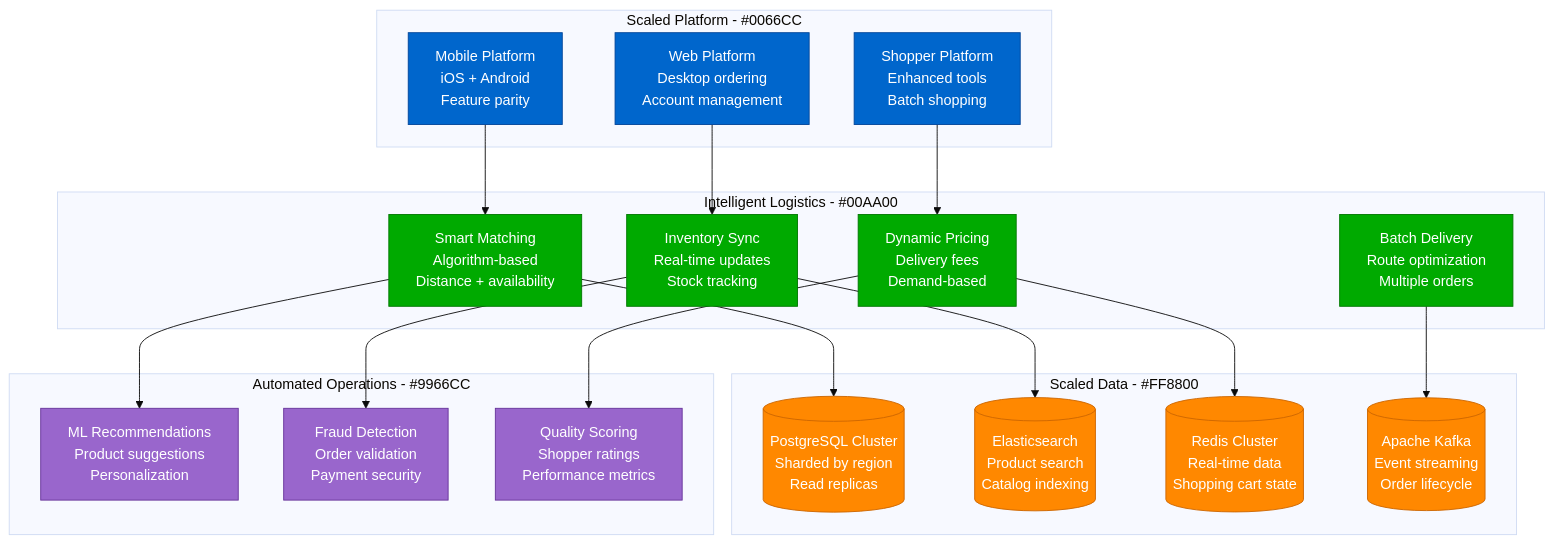
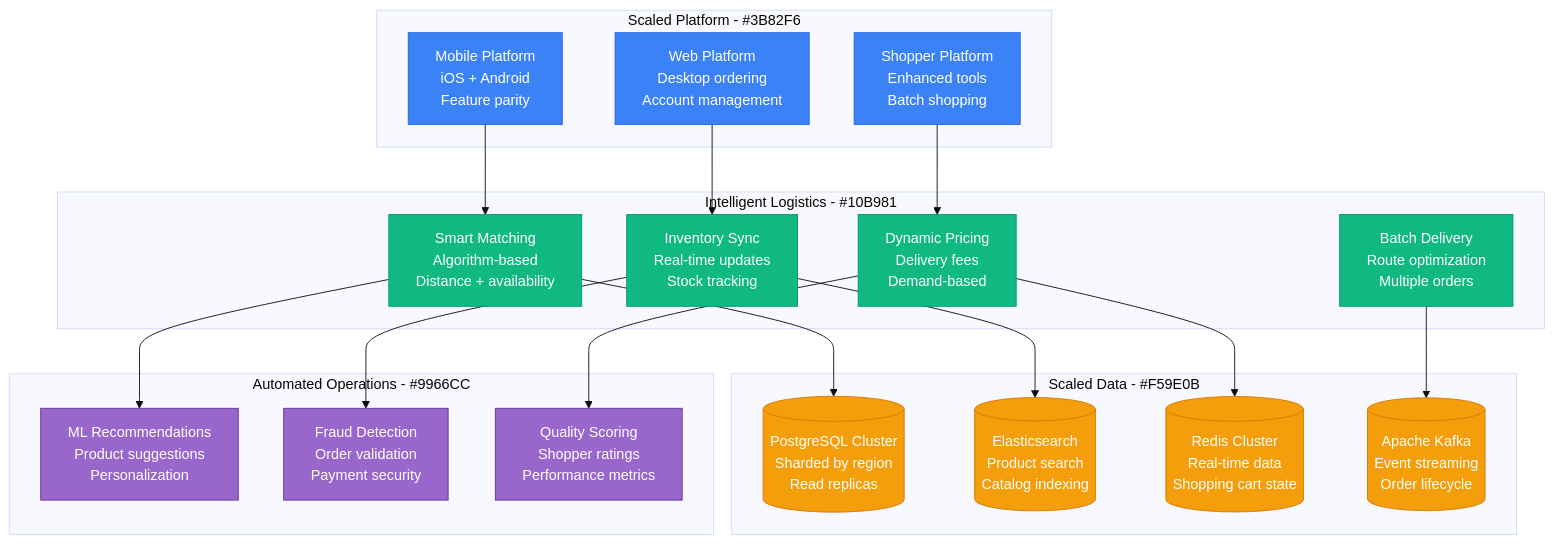
The second of 3 diagrams in site/docs/scaling/instacart-scale-evolution.md (deepaucksharma/DS), drawn with Mermaid (base theme) before and after one commit. The commit also changed other lines of this file and 187 other files, not shown here.

````diff
--- a/site/docs/scaling/instacart-scale-evolution.md
+++ b/site/docs/scaling/instacart-scale-evolution.md
@@ -79,50 +79,50 @@
 ```mermaid
 graph TB
-    subgraph ScaledPlatform[Scaled Platform - #0066CC]
+    subgraph ScaledPlatform[Scaled Platform - #3B82F6]
         MOBILE_PLATFORM[Mobile Platform<br/>iOS + Android<br/>Feature parity]
         WEB_PLATFORM[Web Platform<br/>Desktop ordering<br/>Account management]
         SHOPPER_PLATFORM[Shopper Platform<br/>Enhanced tools<br/>Batch shopping]
     end
 
-    subgraph IntelligentLogistics[Intelligent Logistics - #00AA00]
+    subgraph IntelligentLogistics[Intelligent Logistics - #10B981]
         SMART_MATCHING[Smart Matching<br/>Algorithm-based<br/>Distance + availability]
         INVENTORY_SYNC[Inventory Sync<br/>Real-time updates<br/>Stock tracking]
         DYNAMIC_PRICING[Dynamic Pricing<br/>Delivery fees<br/>Demand-based]
         BATCH_DELIVERY[Batch Delivery<br/>Route optimization<br/>Multiple orders]
     end
 
-    subgraph ScaledData[Scaled Data - #FF8800]
+    subgraph ScaledData[Scaled Data - #F59E0B]
         POSTGRES_CLUSTER[(PostgreSQL Cluster<br/>Sharded by region<br/>Read replicas)]
         ELASTICSEARCH[(Elasticsearch<br/>Product search<br/>Catalog indexing)]
         REDIS_CLUSTER[(Redis Cluster<br/>Real-time data<br/>Shopping cart state)]
         KAFKA[(Apache Kafka<br/>Event streaming<br/>Order lifecycle)]
     end
 
     subgraph AutomatedOps[Automated Operations - #9966CC]
         ML_RECOMMENDATIONS[ML Recommendations<br/>Product suggestions<br/>Personalization]
         FRAUD_DETECTION[Fraud Detection<br/>Order validation<br/>Payment security]
         QUALITY_SCORING[Quality Scoring<br/>Shopper ratings<br/>Performance metrics]
     end
 
     MOBILE_PLATFORM --> SMART_MATCHING
     WEB_PLATFORM --> INVENTORY_SYNC
     SHOPPER_PLATFORM --> DYNAMIC_PRICING
     SMART_MATCHING --> POSTGRES_CLUSTER
     INVENTORY_SYNC --> ELASTICSEARCH
     DYNAMIC_PRICING --> REDIS_CLUSTER
     BATCH_DELIVERY --> KAFKA
 
     SMART_MATCHING --> ML_RECOMMENDATIONS
     INVENTORY_SYNC --> FRAUD_DETECTION
     DYNAMIC_PRICING --> QUALITY_SCORING
 
-    classDef platformStyle fill:#0066CC,stroke:#004499,color:#fff
-    classDef logisticsStyle fill:#00AA00,stroke:#007700,color:#fff
-    classDef dataStyle fill:#FF8800,stroke:#CC6600,color:#fff
+    classDef platformStyle fill:#3B82F6,stroke:#2563EB,color:#fff
+    classDef logisticsStyle fill:#10B981,stroke:#059669,color:#fff
+    classDef dataStyle fill:#F59E0B,stroke:#D97706,color:#fff
     classDef opsStyle fill:#9966CC,stroke:#663399,color:#fff
 
     class MOBILE_PLATFORM,WEB_PLATFORM,SHOPPER_PLATFORM platformStyle
     class SMART_MATCHING,INVENTORY_SYNC,DYNAMIC_PRICING,BATCH_DELIVERY logisticsStyle
     class POSTGRES_CLUSTER,ELASTICSEARCH,REDIS_CLUSTER,KAFKA dataStyle
     class ML_RECOMMENDATIONS,FRAUD_DETECTION,QUALITY_SCORING opsStyle
 ```
````
